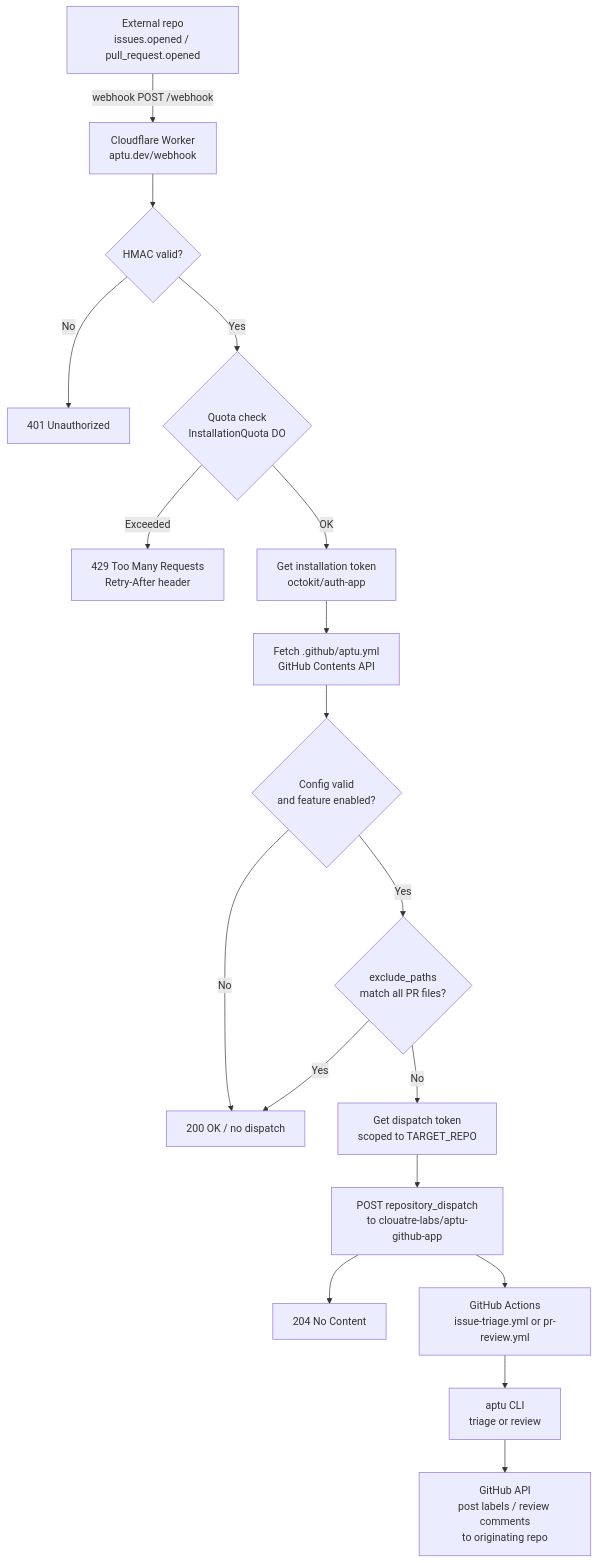
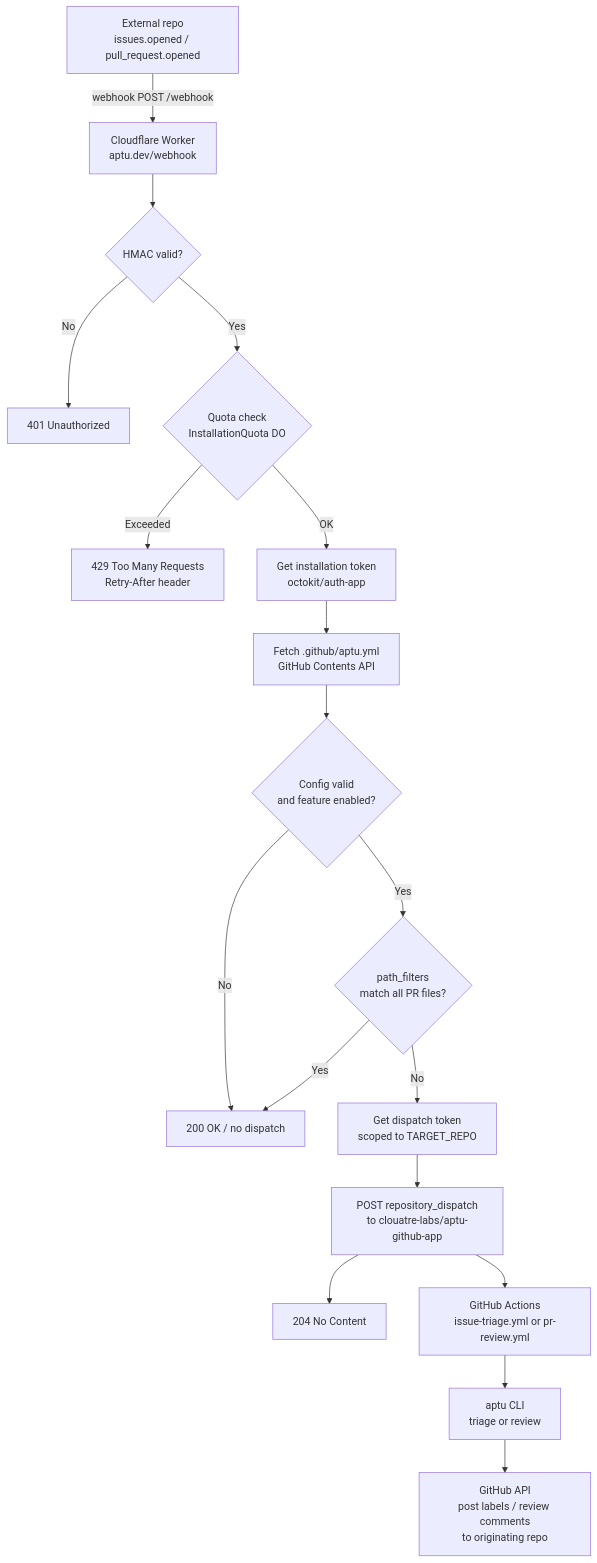
One commit to clouatre-labs/aptu-github-app changed the first of 2 diagrams in docs/ARCHITECTURE.md. Above: the diagram before and after it, drawn with Mermaid. The commit also changed other lines of this file and 7 other files, not shown here.

Commit message:
feat(worker): replace exclude_paths with path_filters (include + exclude) and remove repos.json (#82)

````diff
--- a/docs/ARCHITECTURE.md
+++ b/docs/ARCHITECTURE.md
@@ -71,20 +71,20 @@
 ```mermaid
 graph TD
     A["External repo<br/>issues.opened / pull_request.opened"] -->|"webhook POST /webhook"| B["Cloudflare Worker<br/>aptu.dev/webhook"]
     B --> C{"HMAC valid?"}
     C -->|No| D["401 Unauthorized"]
     C -->|Yes| E{"Quota check<br/>InstallationQuota DO"}
     E -->|Exceeded| F["429 Too Many Requests<br/>Retry-After header"]
     E -->|OK| G["Get installation token<br/>octokit/auth-app"]
     G --> H["Fetch .github/aptu.yml<br/>GitHub Contents API"]
     H --> I{"Config valid<br/>and feature enabled?"}
     I -->|No| J["200 OK / no dispatch"]
-    I -->|Yes| K{"exclude_paths<br/>match all PR files?"}
+    I -->|Yes| K{"path_filters<br/>match all PR files?"}
     K -->|Yes| J
     K -->|No| L["Get dispatch token<br/>scoped to TARGET_REPO"]
     L --> M["POST repository_dispatch<br/>to clouatre-labs/aptu-github-app"]
     M --> N["204 No Content"]
     M --> O["GitHub Actions<br/>issue-triage.yml or pr-review.yml"]
     O --> P["aptu CLI<br/>triage or review"]
     P --> Q["GitHub API<br/>post labels / review comments<br/>to originating repo"]
 ```
````
